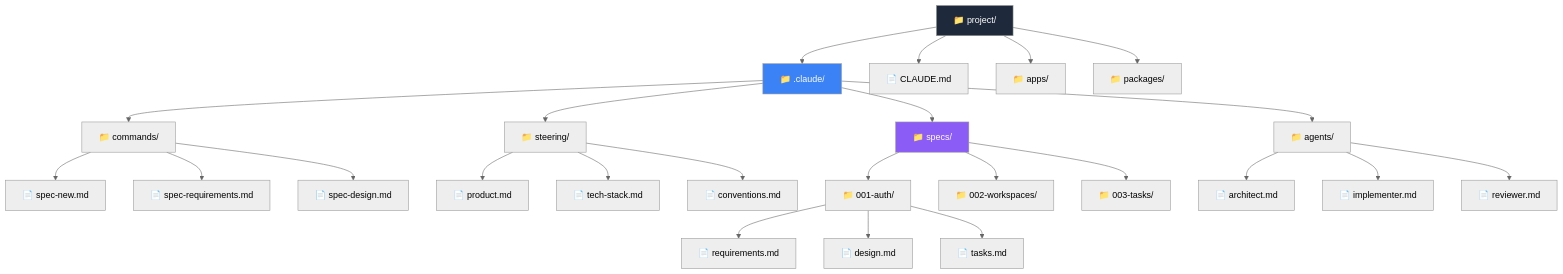
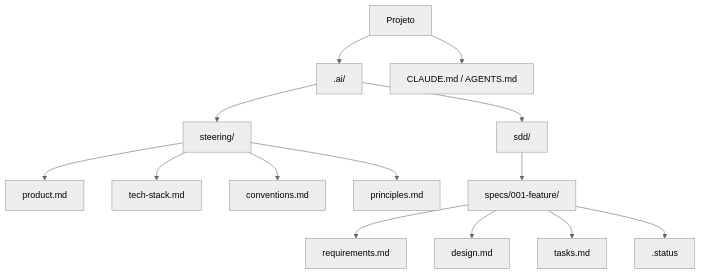
One commit to felipefontoura/spec-driven-development-book changed the third of 15 diagrams in BOOK.pt-BR.md. Above: the diagram before and after it, drawn with Mermaid (neutral theme). The commit also changed other lines of this file and 4 other files, not shown here.

````diff
--- a/BOOK.pt-BR.md
+++ b/BOOK.pt-BR.md
@@ -244,36 +339,21 @@
 ```mermaid
 graph TD
-    ROOT[📁 project/] --> CLAUDE_DIR[📁 .claude/]
-    ROOT --> CLAUDE_MD[📄 CLAUDE.md]
-    ROOT --> APPS[📁 apps/]
-    ROOT --> PACKAGES[📁 packages/]
+    ROOT[Projeto] --> AI[.ai/]
+    ROOT --> CM[CLAUDE.md / AGENTS.md]
+    AI --> ST[steering/]
+    AI --> SDD[sdd/]
+    ST --> S1[product.md]
+    ST --> S2[tech-stack.md]
+    ST --> S3[conventions.md]
+    ST --> S4[principles.md]
+    SDD --> SP[specs/001-feature/]
+    SP --> R[requirements.md]
+    SP --> D[design.md]
+    SP --> T[tasks.md]
+    SP --> STAT[.status]
 
-    CLAUDE_DIR --> COMMANDS[📁 commands/]
-    CLAUDE_DIR --> STEERING[📁 steering/]
-    CLAUDE_DIR --> SPECS[📁 specs/]
-    CLAUDE_DIR --> AGENTS[📁 agents/]
-
-    COMMANDS --> C1[📄 spec-new.md]
-    COMMANDS --> C2[📄 spec-requirements.md]
-    COMMANDS --> C3[📄 spec-design.md]
-
-    STEERING --> S1[📄 product.md]
-    STEERING --> S2[📄 tech-stack.md]
-    STEERING --> S3[📄 conventions.md]
-
-    SPECS --> SP1[📁 001-auth/]
-    SPECS --> SP2[📁 002-workspaces/]
-    SPECS --> SP3[📁 003-tasks/]
-
-    SP1 --> SP1A[📄 requirements.md]
-    SP1 --> SP1B[📄 design.md]
-    SP1 --> SP1C[📄 tasks.md]
-
-    AGENTS --> A1[📄 architect.md]
-    AGENTS --> A2[📄 implementer.md]
-    AGENTS --> A3[📄 reviewer.md]
-
-    style ROOT fill:#1e293b,color:#fff
-    style CLAUDE_DIR fill:#3b82f6,color:#fff
-    style SPECS fill:#8b5cf6,color:#fff
+    class STAT accent;
+    class R,D,T soft;
+    class S1,S2,S3,S4 neutral;
+    class ROOT,AI,ST,SDD,SP,CM muted;
 ```
````
